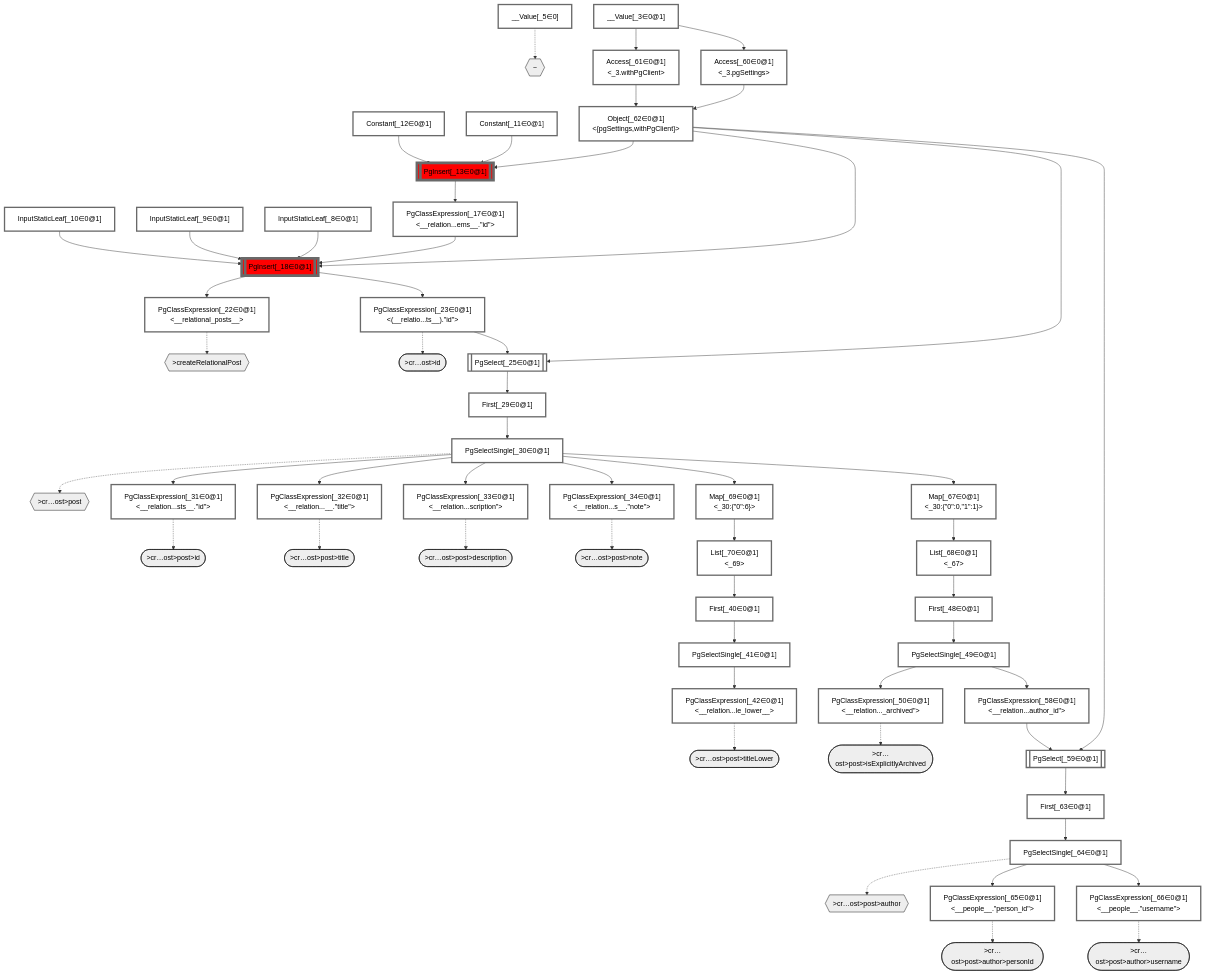
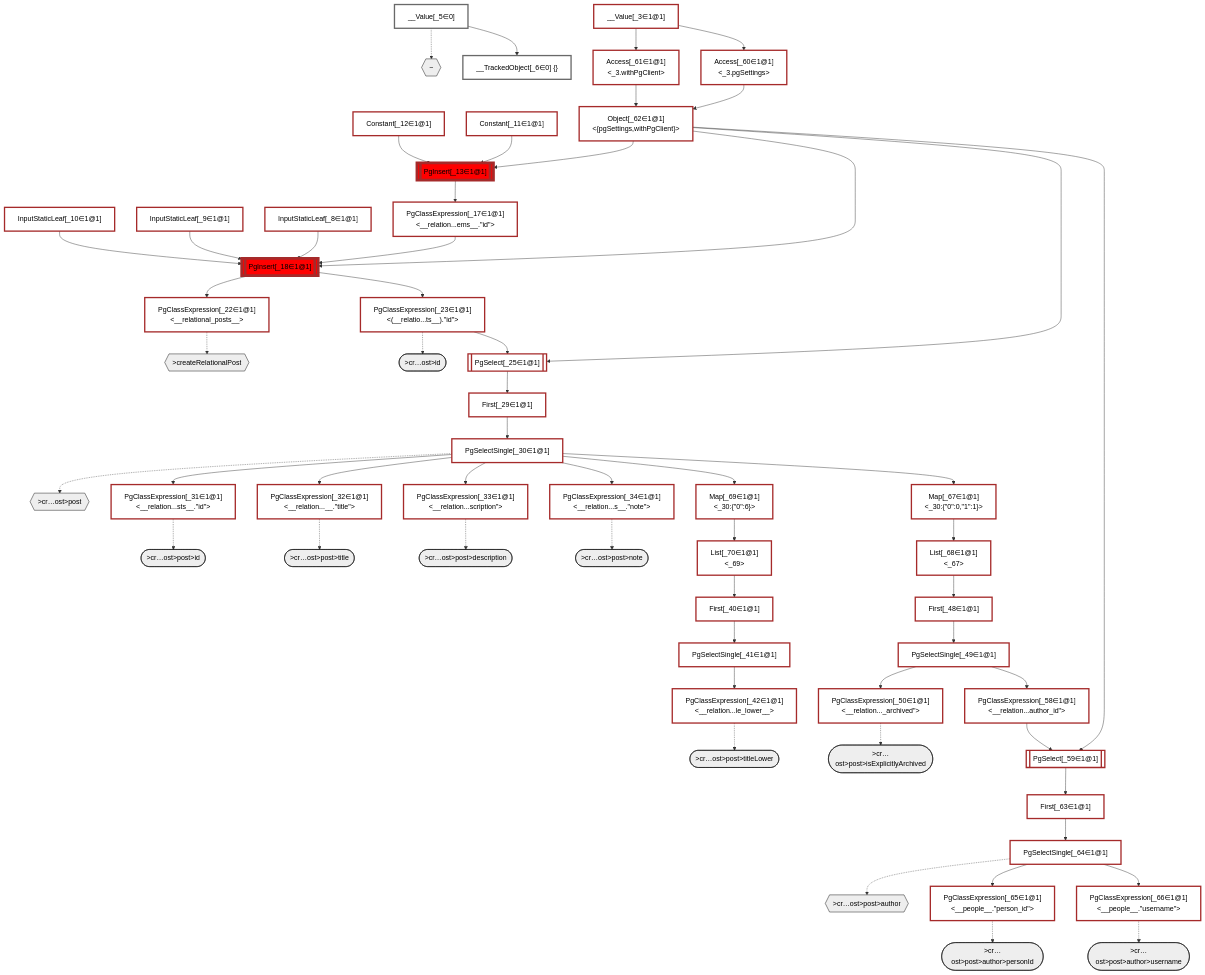
The diagram in packages/dataplan-pg/__tests__/mutations/basics/create-relational-post.deopt.mermaid.md (graphile/crystal), drawn with Mermaid before and after one commit. The commit also changed 42 other files, not shown here.

````diff
--- a/packages/dataplan-pg/__tests__/mutations/basics/create-relational-post.deopt.mermaid.md
+++ b/packages/dataplan-pg/__tests__/mutations/basics/create-relational-post.deopt.mermaid.md
@@ -34,46 +34,48 @@
     %% end
 
     %% define plans
-    __Value_3["__Value[_3∈0@1]<br /><context>"]:::plan
+    __Value_3["__Value[_3∈1@1]<br /><context>"]:::plan
     __Value_5["__Value[_5∈0]<br /><rootValue>"]:::plan
-    InputStaticLeaf_8["InputStaticLeaf[_8∈0@1]"]:::plan
-    InputStaticLeaf_9["InputStaticLeaf[_9∈0@1]"]:::plan
-    InputStaticLeaf_10["InputStaticLeaf[_10∈0@1]"]:::plan
-    Constant_11["Constant[_11∈0@1]"]:::plan
-    Constant_12["Constant[_12∈0@1]"]:::plan
-    PgInsert_13[["PgInsert[_13∈0@1]"]]:::sideeffectplan
-    PgClassExpression_17["PgClassExpression[_17∈0@1]<br /><__relation...ems__.#quot;id#quot;>"]:::plan
-    PgInsert_18[["PgInsert[_18∈0@1]"]]:::sideeffectplan
-    PgClassExpression_22["PgClassExpression[_22∈0@1]<br /><__relational_posts__>"]:::plan
-    PgClassExpression_23["PgClassExpression[_23∈0@1]<br /><(__relatio...ts__).#quot;id#quot;>"]:::plan
-    PgSelect_25[["PgSelect[_25∈0@1]<br /><relational_posts>"]]:::plan
-    First_29["First[_29∈0@1]"]:::plan
-    PgSelectSingle_30["PgSelectSingle[_30∈0@1]<br /><relational_posts>"]:::plan
-    PgClassExpression_31["PgClassExpression[_31∈0@1]<br /><__relation...sts__.#quot;id#quot;>"]:::plan
-    PgClassExpression_32["PgClassExpression[_32∈0@1]<br /><__relation...__.#quot;title#quot;>"]:::plan
-    PgClassExpression_33["PgClassExpression[_33∈0@1]<br /><__relation...scription#quot;>"]:::plan
-    PgClassExpression_34["PgClassExpression[_34∈0@1]<br /><__relation...s__.#quot;note#quot;>"]:::plan
-    First_40["First[_40∈0@1]"]:::plan
-    PgSelectSingle_41["PgSelectSingle[_41∈0@1]<br /><text>"]:::plan
-    PgClassExpression_42["PgClassExpression[_42∈0@1]<br /><__relation...le_lower__>"]:::plan
-    First_48["First[_48∈0@1]"]:::plan
-    PgSelectSingle_49["PgSelectSingle[_49∈0@1]<br /><relational_items>"]:::plan
-    PgClassExpression_50["PgClassExpression[_50∈0@1]<br /><__relation..._archived#quot;>"]:::plan
-    PgClassExpression_58["PgClassExpression[_58∈0@1]<br /><__relation...author_id#quot;>"]:::plan
-    PgSelect_59[["PgSelect[_59∈0@1]<br /><people>"]]:::plan
-    Access_60["Access[_60∈0@1]<br /><_3.pgSettings>"]:::plan
-    Access_61["Access[_61∈0@1]<br /><_3.withPgClient>"]:::plan
-    Object_62["Object[_62∈0@1]<br /><{pgSettings,withPgClient}>"]:::plan
-    First_63["First[_63∈0@1]"]:::plan
-    PgSelectSingle_64["PgSelectSingle[_64∈0@1]<br /><people>"]:::plan
-    PgClassExpression_65["PgClassExpression[_65∈0@1]<br /><__people__.#quot;person_id#quot;>"]:::plan
-    PgClassExpression_66["PgClassExpression[_66∈0@1]<br /><__people__.#quot;username#quot;>"]:::plan
-    Map_67["Map[_67∈0@1]<br /><_30:{#quot;0#quot;:0,#quot;1#quot;:1}>"]:::plan
-    List_68["List[_68∈0@1]<br /><_67>"]:::plan
-    Map_69["Map[_69∈0@1]<br /><_30:{#quot;0#quot;:6}>"]:::plan
-    List_70["List[_70∈0@1]<br /><_69>"]:::plan
+    __TrackedObject_6["__TrackedObject[_6∈0] {}"]:::plan
+    InputStaticLeaf_8["InputStaticLeaf[_8∈1@1]"]:::plan
+    InputStaticLeaf_9["InputStaticLeaf[_9∈1@1]"]:::plan
+    InputStaticLeaf_10["InputStaticLeaf[_10∈1@1]"]:::plan
+    Constant_11["Constant[_11∈1@1]"]:::plan
+    Constant_12["Constant[_12∈1@1]"]:::plan
+    PgInsert_13[["PgInsert[_13∈1@1]"]]:::sideeffectplan
+    PgClassExpression_17["PgClassExpression[_17∈1@1]<br /><__relation...ems__.#quot;id#quot;>"]:::plan
+    PgInsert_18[["PgInsert[_18∈1@1]"]]:::sideeffectplan
+    PgClassExpression_22["PgClassExpression[_22∈1@1]<br /><__relational_posts__>"]:::plan
+    PgClassExpression_23["PgClassExpression[_23∈1@1]<br /><(__relatio...ts__).#quot;id#quot;>"]:::plan
+    PgSelect_25[["PgSelect[_25∈1@1]<br /><relational_posts>"]]:::plan
+    First_29["First[_29∈1@1]"]:::plan
+    PgSelectSingle_30["PgSelectSingle[_30∈1@1]<br /><relational_posts>"]:::plan
+    PgClassExpression_31["PgClassExpression[_31∈1@1]<br /><__relation...sts__.#quot;id#quot;>"]:::plan
+    PgClassExpression_32["PgClassExpression[_32∈1@1]<br /><__relation...__.#quot;title#quot;>"]:::plan
+    PgClassExpression_33["PgClassExpression[_33∈1@1]<br /><__relation...scription#quot;>"]:::plan
+    PgClassExpression_34["PgClassExpression[_34∈1@1]<br /><__relation...s__.#quot;note#quot;>"]:::plan
+    First_40["First[_40∈1@1]"]:::plan
+    PgSelectSingle_41["PgSelectSingle[_41∈1@1]<br /><text>"]:::plan
+    PgClassExpression_42["PgClassExpression[_42∈1@1]<br /><__relation...le_lower__>"]:::plan
+    First_48["First[_48∈1@1]"]:::plan
+    PgSelectSingle_49["PgSelectSingle[_49∈1@1]<br /><relational_items>"]:::plan
+    PgClassExpression_50["PgClassExpression[_50∈1@1]<br /><__relation..._archived#quot;>"]:::plan
+    PgClassExpression_58["PgClassExpression[_58∈1@1]<br /><__relation...author_id#quot;>"]:::plan
+    PgSelect_59[["PgSelect[_59∈1@1]<br /><people>"]]:::plan
+    Access_60["Access[_60∈1@1]<br /><_3.pgSettings>"]:::plan
+    Access_61["Access[_61∈1@1]<br /><_3.withPgClient>"]:::plan
+    Object_62["Object[_62∈1@1]<br /><{pgSettings,withPgClient}>"]:::plan
+    First_63["First[_63∈1@1]"]:::plan
+    PgSelectSingle_64["PgSelectSingle[_64∈1@1]<br /><people>"]:::plan
+    PgClassExpression_65["PgClassExpression[_65∈1@1]<br /><__people__.#quot;person_id#quot;>"]:::plan
+    PgClassExpression_66["PgClassExpression[_66∈1@1]<br /><__people__.#quot;username#quot;>"]:::plan
+    Map_67["Map[_67∈1@1]<br /><_30:{#quot;0#quot;:0,#quot;1#quot;:1}>"]:::plan
+    List_68["List[_68∈1@1]<br /><_67>"]:::plan
+    Map_69["Map[_69∈1@1]<br /><_30:{#quot;0#quot;:6}>"]:::plan
+    List_70["List[_70∈1@1]<br /><_69>"]:::plan
 
     %% plan dependencies
+    __Value_5 --> __TrackedObject_6
     Object_62 --> PgInsert_13
     Constant_11 --> PgInsert_13
     Constant_12 --> PgInsert_13
@@ -132,5 +134,7 @@
 
     %% allocate buckets
     classDef bucket0 stroke:#696969
-    class __Value_3,__Value_5,InputStaticLeaf_8,InputStaticLeaf_9,InputStaticLeaf_10,Constant_11,Constant_12,PgInsert_13,PgClassExpression_17,PgInsert_18,PgClassExpression_22,PgClassExpression_23,PgSelect_25,First_29,PgSelectSingle_30,PgClassExpression_31,PgClassExpression_32,PgClassExpression_33,PgClassExpression_34,First_40,PgSelectSingle_41,PgClassExpression_42,First_48,PgSelectSingle_49,PgClassExpression_50,PgClassExpression_58,PgSelect_59,Access_60,Access_61,Object_62,First_63,PgSelectSingle_64,PgClassExpression_65,PgClassExpression_66,Map_67,List_68,Map_69,List_70 bucket0
+    class __Value_5,__TrackedObject_6 bucket0
+    classDef bucket1 stroke:#a52a2a
+    class __Value_3,InputStaticLeaf_8,InputStaticLeaf_9,InputStaticLeaf_10,Constant_11,Constant_12,PgInsert_13,PgClassExpression_17,PgInsert_18,PgClassExpression_22,PgClassExpression_23,PgSelect_25,First_29,PgSelectSingle_30,PgClassExpression_31,PgClassExpression_32,PgClassExpression_33,PgClassExpression_34,First_40,PgSelectSingle_41,PgClassExpression_42,First_48,PgSelectSingle_49,PgClassExpression_50,PgClassExpression_58,PgSelect_59,Access_60,Access_61,Object_62,First_63,PgSelectSingle_64,PgClassExpression_65,PgClassExpression_66,Map_67,List_68,Map_69,List_70 bucket1
 ```
````
